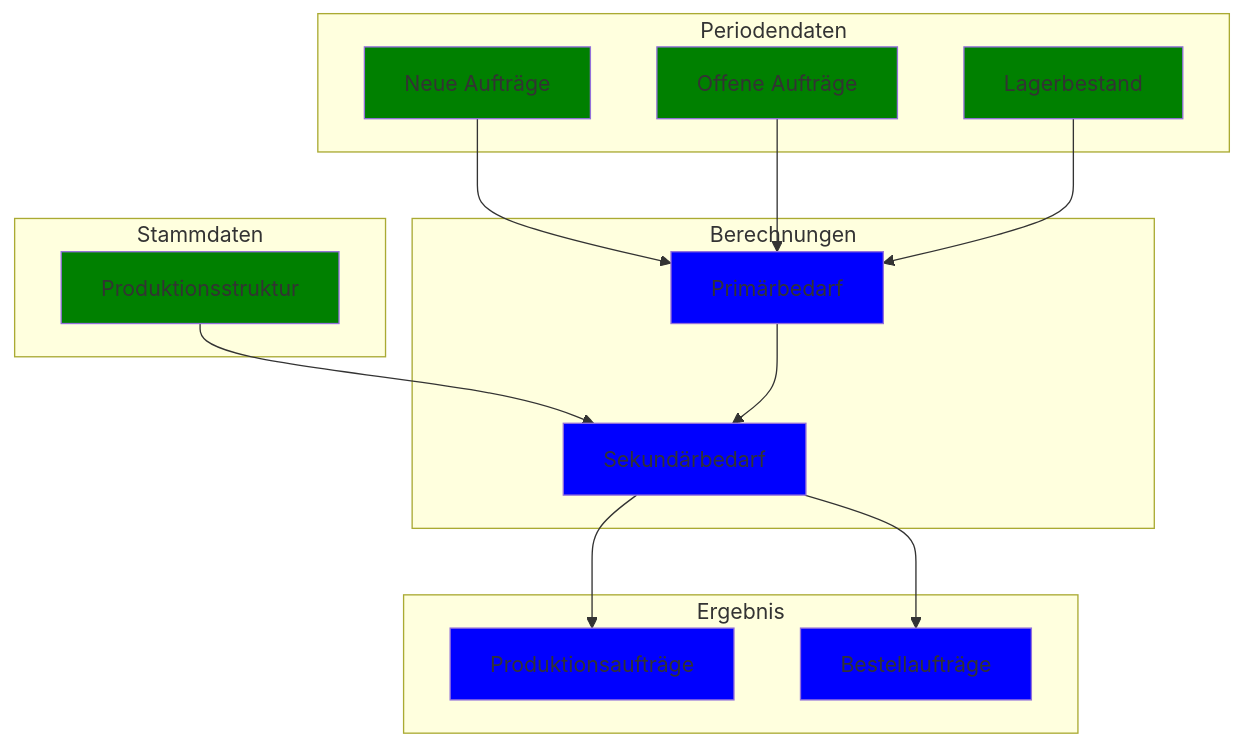
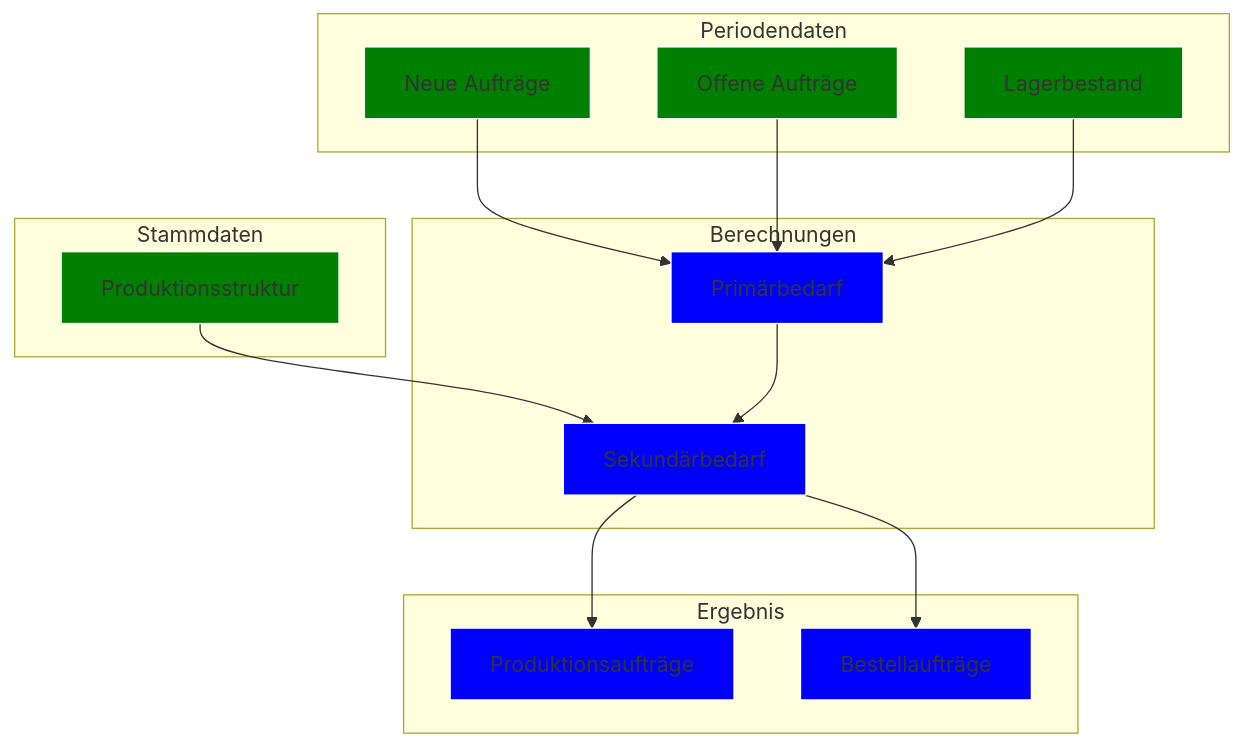
Before and after one commit to buecktobias/ibsys2SCM: the first of 2 diagrams in user-docs/docs/optimization.md, drawn with Mermaid. The commit also changed other lines of this file and 15 other files, not shown here.

`````diff
--- a/user-docs/docs/optimization.md
+++ b/user-docs/docs/optimization.md
@@ -77,42 +79,40 @@
 ```mermaid
 flowchart TD
 %% Stammdaten (konstant)
     subgraph "Stammdaten"
         PRODSTR["Produktionsstruktur"]
     end
 
 %% Periodendaten (variabel)
     subgraph "Periodendaten"
         OPEN_SALES["Offene Aufträge"]
         SALES["Neue Aufträge"]
         CURINV["Lagerbestand"]
     end
 
 %% Berechnungen
     subgraph "Berechnungen"
         PRIM["Primärbedarf"]
         SEK["Sekundärbedarf"]
     end
 
 %% Ergebnis
     subgraph "Ergebnis"
         PRODORD["Produktionsaufträge"]
         BESTORD["Bestellaufträge"]
     end
 
 %% Datenfluss
-    SALES --> PRIM
-    OPEN_SALES --> PRIM
-    CURINV --> PRIM
-    PRODSTR --> SEK
-    PRIM --> SEK
-    SEK --> BESTORD
-    SEK --> PRODORD
+SALES --> PRIM
+OPEN_SALES --> PRIM
+CURINV --> PRIM
+PRODSTR --> SEK
+PRIM --> SEK
+SEK --> BESTORD
+SEK --> PRODORD
 class PRODSTR,TEILDAT,CAPCOST,SALES,OPEN_SALES,CURINV inputData;
 class PRIM,NET,SEK,TER,PRODORD,BESTORD,NEWINV calcData;
-class RES resultData;
-classDef inputData fill: green;
-classDef calcData fill: blue;
-classDef resultData fill: yellow;
-
-````
+classDef inputData fill: green, stroke:white;
+classDef calcData fill: blue, stroke: white;
+classDef resultData fill: yellow, stroke: white;
+```
`````
